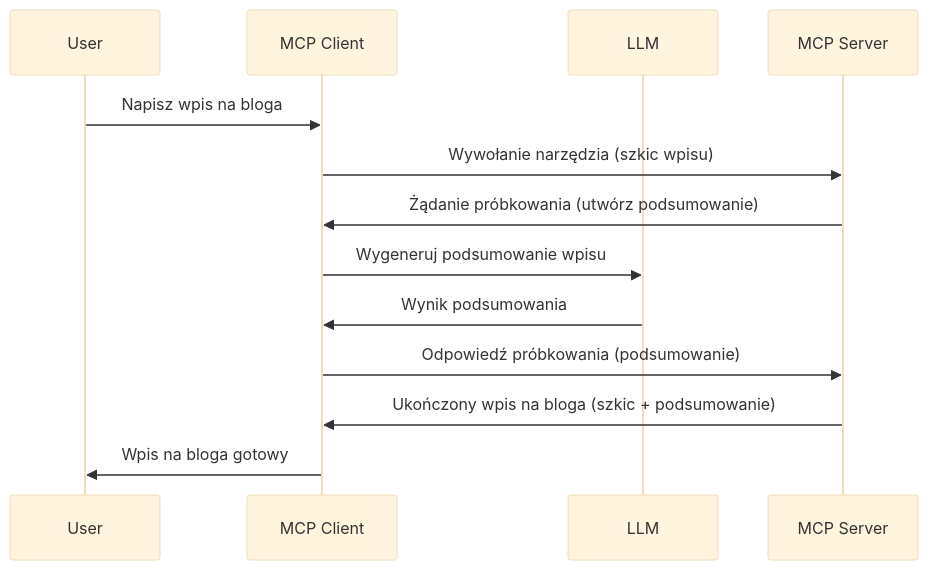
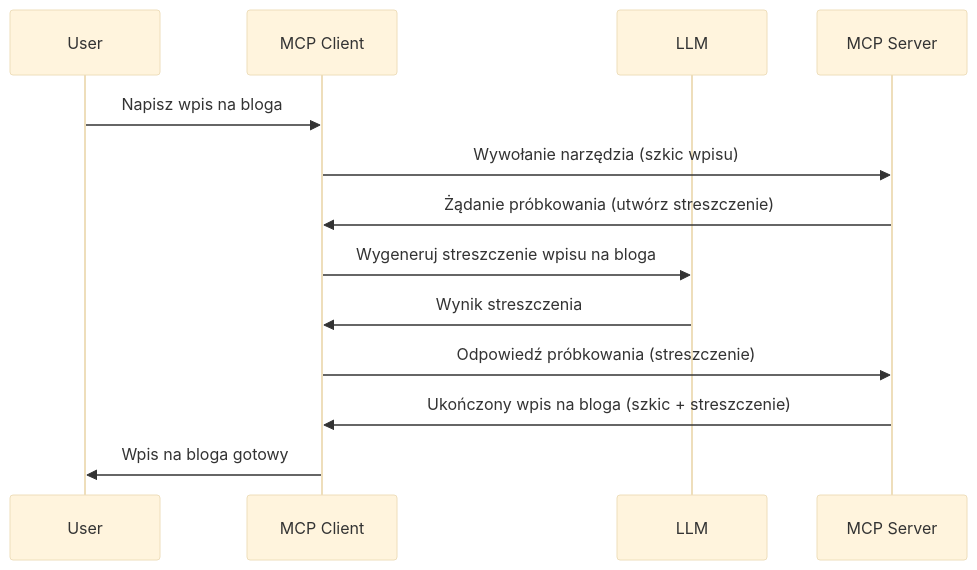
Before and after one commit to HIDORAKAI002/ai-workspace-archive: the diagram in mcp_ecosystem__model_context_protocol/mcp_learning_resources/mcp-for-beginners/translations/pl/03-GettingStarted/14-sampling/README.md, drawn with Mermaid (base theme). The commit also changed other lines of this file and 1539 other files, not shown here.

````diff
--- a/mcp_ecosystem__model_context_protocol/mcp_learning_resources/mcp-for-beginners/translations/pl/03-GettingStarted/14-sampling/README.md
+++ b/mcp_ecosystem__model_context_protocol/mcp_learning_resources/mcp-for-beginners/translations/pl/03-GettingStarted/14-sampling/README.md
@@ -23,16 +23,16 @@
 ```mermaid
 sequenceDiagram
     participant User
     participant MCP Client
     participant LLM
     participant MCP Server
 
     User->>MCP Client: Napisz wpis na bloga
     MCP Client->>MCP Server: Wywołanie narzędzia (szkic wpisu)
-    MCP Server->>MCP Client: Żądanie próbkowania (utwórz podsumowanie)
-    MCP Client->>LLM: Wygeneruj podsumowanie wpisu
-    LLM->>MCP Client: Wynik podsumowania
-    MCP Client->>MCP Server: Odpowiedź próbkowania (podsumowanie)
-    MCP Server->>MCP Client: Ukończony wpis na bloga (szkic + podsumowanie)
+    MCP Server->>MCP Client: Żądanie próbkowania (utwórz streszczenie)
+    MCP Client->>LLM: Wygeneruj streszczenie wpisu na bloga
+    LLM->>MCP Client: Wynik streszczenia
+    MCP Client->>MCP Server: Odpowiedź próbkowania (streszczenie)
+    MCP Server->>MCP Client: Ukończony wpis na bloga (szkic + streszczenie)
     MCP Client->>User: Wpis na bloga gotowy
 ```
````
